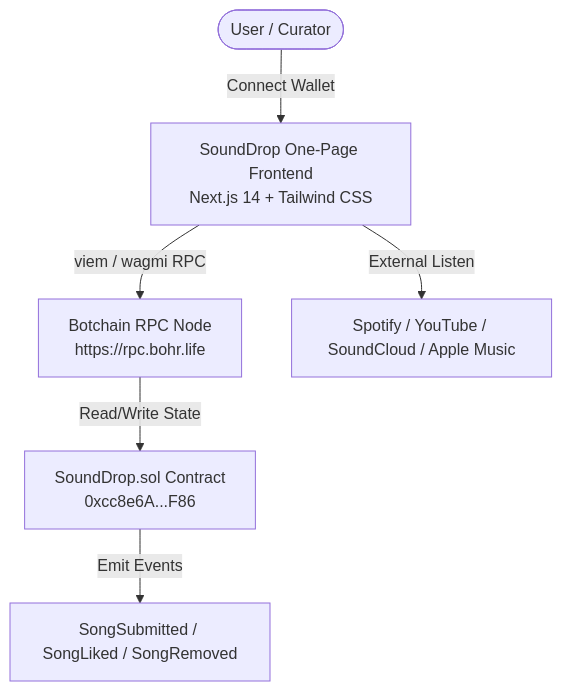
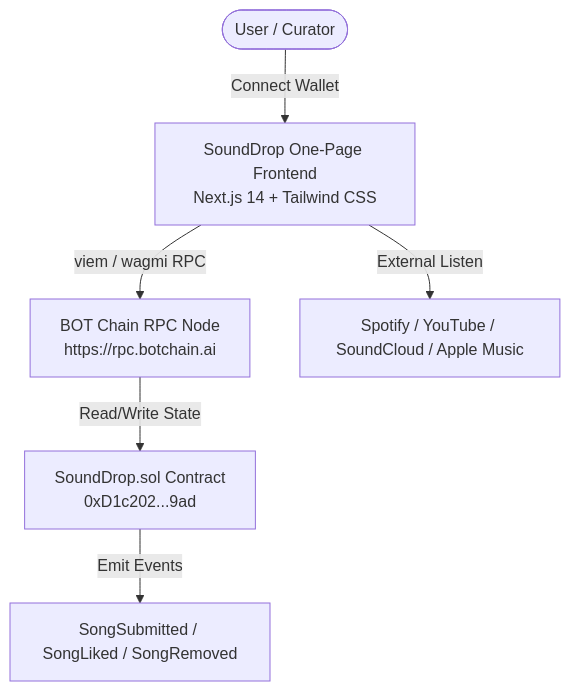
Before and after one commit to liljhnxn/sounddrop: the diagram in WHITEPAPER.md, drawn with Mermaid. The commit also changed other lines of this file and 6 other files, not shown here.

Commit message:
feat: complete removal of testnet traces, update UI and footer with BOT Chain links

````diff
--- a/WHITEPAPER.md
+++ b/WHITEPAPER.md
@@ -48,8 +48,8 @@
 ```mermaid
 flowchart TD
     User([User / Curator]) -->|Connect Wallet| UI[SoundDrop One-Page Frontend\nNext.js 14 + Tailwind CSS]
-    UI -->|viem / wagmi RPC| BotchainRPC[Botchain RPC Node\nhttps://rpc.bohr.life]
-    BotchainRPC -->|Read/Write State| SC[SoundDrop.sol Contract\n0xcc8e6A...F86]
+    UI -->|viem / wagmi RPC| BotchainRPC[BOT Chain RPC Node\nhttps://rpc.botchain.ai]
+    BotchainRPC -->|Read/Write State| SC[SoundDrop.sol Contract\n0xD1c202...9ad]
     SC -->|Emit Events| Events[SongSubmitted / SongLiked / SongRemoved]
     UI -->|External Listen| Platforms[Spotify / YouTube / SoundCloud / Apple Music]
 ```
````
